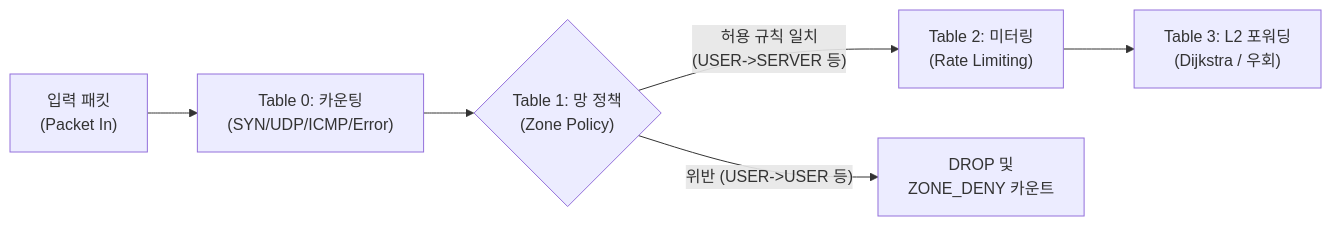
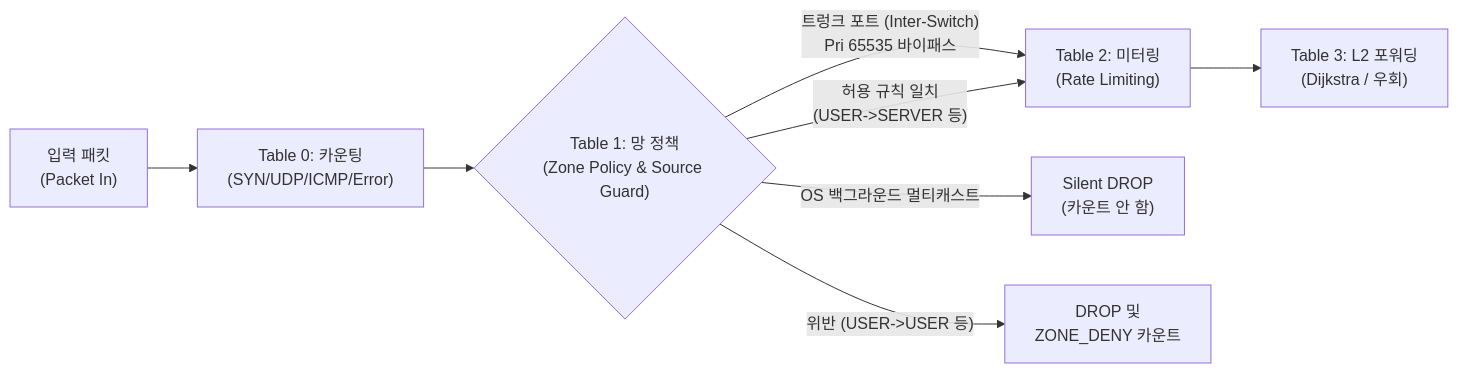
One commit to tlgus1841-ui/Graduation-Project-Design-Drawings changed the diagram in docs/planning/dynamic_segmentation_detailed_plan.md. Above: the diagram before and after it, drawn with Mermaid. The commit also changed other lines of this file and 17 other files, not shown here.

````diff
--- a/docs/planning/dynamic_segmentation_detailed_plan.md
+++ b/docs/planning/dynamic_segmentation_detailed_plan.md
@@ -58,8 +70,10 @@
 ```mermaid
 flowchart LR
     PKT["입력 패킷\n(Packet In)"] --> T0["Table 0: 카운팅\n(SYN/UDP/ICMP/Error)"]
-    T0 --> T1{"Table 1: 망 정책\n(Zone Policy)"}
-    T1 -- "허용 규칙 일치\n(USER->SERVER 등)" --> T2["Table 2: 미터링\n(Rate Limiting)"]
+    T0 --> T1{"Table 1: 망 정책\n(Zone Policy & Source Guard)"}
+    T1 -- "트렁크 포트 (Inter-Switch)\nPri 65535 바이패스" --> T2["Table 2: 미터링\n(Rate Limiting)"]
+    T1 -- "허용 규칙 일치\n(USER->SERVER 등)" --> T2
+    T1 -- "OS 백그라운드 멀티캐스트" --> SDROP["Silent DROP\n(카운트 안 함)"]
     T1 -- "위반 (USER->USER 등)" --> DROP["DROP 및\nZONE_DENY 카운트"]
     T2 --> T3["Table 3: L2 포워딩\n(Dijkstra / 우회)"]
 ```
````
